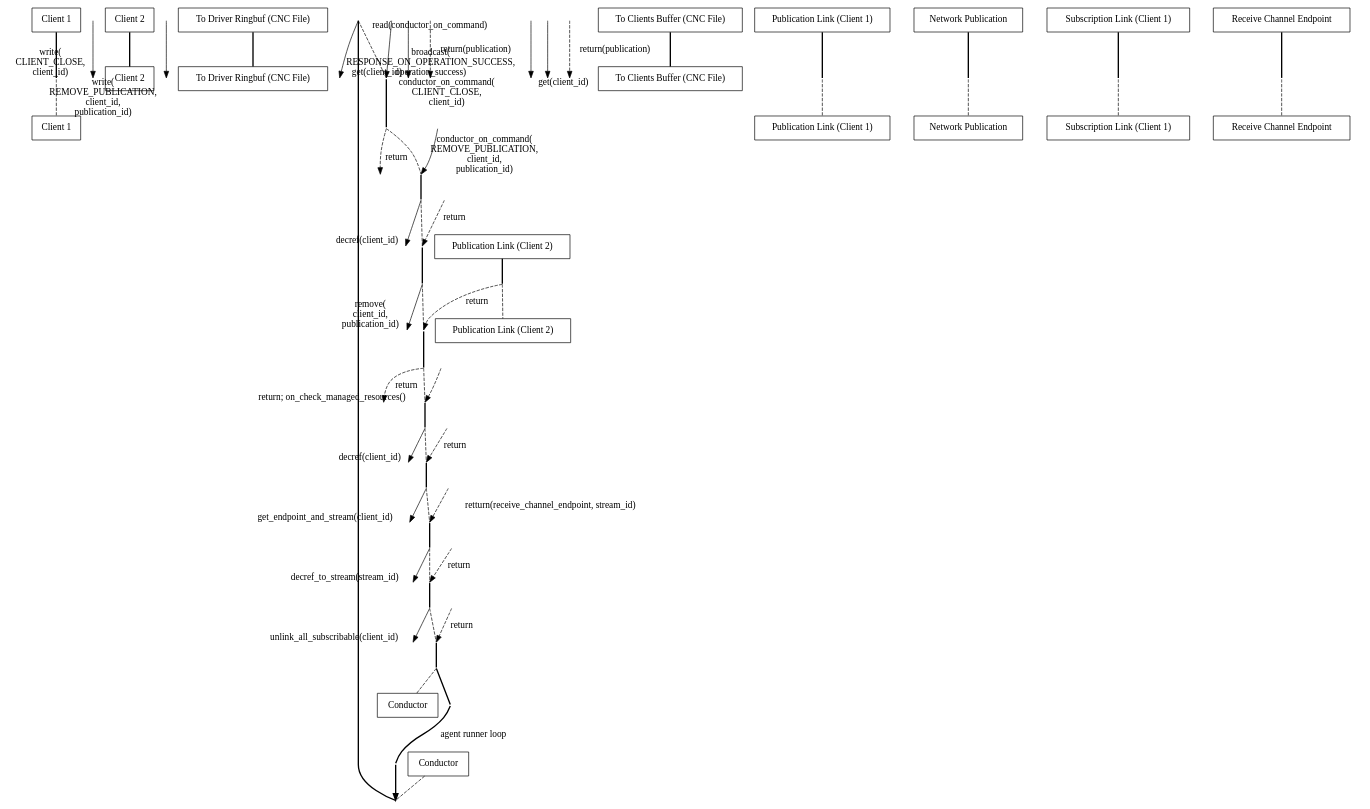
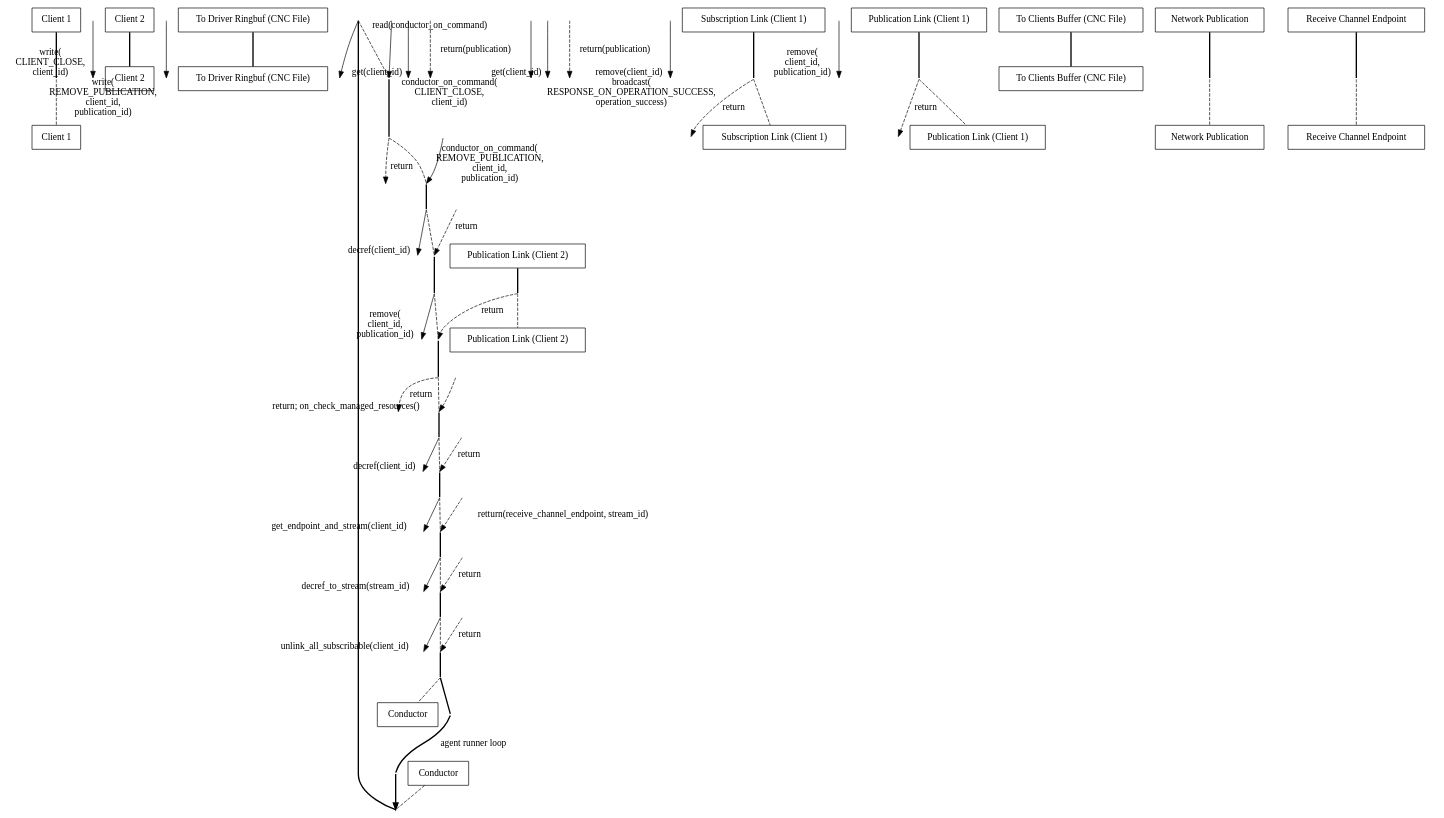
The diagram in doc/remove_publication.dot (khklau/aeron-dpdk-driver), drawn with Graphviz before and after one commit.

Commit message:
removing subscription link and 1st publication link; still got some more on_check_managed_resource calls remaining though

```diff
--- a/doc/remove_publication.dot
+++ b/doc/remove_publication.dot
@@ -29,8 +29,8 @@
   conductor__ret_get2 [ pos="9,-8!" shape="point" width="0" ]
   conductor__decref2 [ pos="9,-9!" shape="point" width="0" ]
   conductor__ret_decref2 [ pos="9,-10!" shape="point" width="0" ]
-  conductor__remove [ pos="9,-11!" shape="point" width="0" ]
-  conductor__ret_remove [ pos="9,-12!" shape="point" width="0" ]
+  conductor__remove_pl2 [ pos="9,-11!" shape="point" width="0" ]
+  conductor__ret_remove_pl2 [ pos="9,-12!" shape="point" width="0" ]
   conductor__broadcast [ pos="9,-13!" shape="point" width="0" ]
   conductor__ret_on_cmd_remove [ pos="9,-14!" shape="point" width="0" ];
   conductor__ret_read [ pos="9,-15!" shape="point" width="0" ];
@@ -44,6 +44,10 @@
   conductor__ret_stream_decref [ pos="9,-23!" shape="point" width="0" ]
   conductor__unlink [ pos="9,-24!" shape="point" width="0" ]
   conductor__ret_unlink [ pos="9,-25!" shape="point" width="0" ]
+  conductor__remove_sl [ pos="9,-26!" shape="point" width="0" ]
+  conductor__ret_remove_sl [ pos="9,-27!" shape="point" width="0" ]
+  conductor__remove_pl1 [ pos="9,-28!" shape="point" width="0" ]
+  conductor__ret_remove_pl1 [ pos="9,-29!" shape="point" width="0" ]
   conductor__loop_end [ pos="9,-30!" shape="point" width="0" ];
   conductor__ret_loop_end [ pos="9.5,-30!" shape="point" width="0" ];
   conductor__foot [ label="Conductor" pos="9,-31!" shape="record" ];
@@ -53,14 +57,14 @@
   publication_link1__head [ label="Publication Link (Client 1)" pos="15,0!" shape="record" ];
   publication_link1__get1 [ pos="15,-16!" shape="point" width="0" ]
   publication_link1__ret_get1 [ pos="15,-17!" shape="point" width="0" ]
-  publication_link1__remove [ pos="15,-23!" shape="point" width="0" ]
-  publication_link1__ret_remove [ pos="15,-30!" shape="point" width="0" ]
+  publication_link1__remove_pl1 [ pos="15,-28!" shape="point" width="0" ]
+  publication_link1__ret_remove_pl1 [ pos="15,-29!" shape="point" width="0" ]
   publication_link1__foot [ label="Publication Link (Client 1)" pos="15,-31!" shape="record" ];
   publication_link2__head [ label="Publication Link (Client 2)" pos="18,0!" shape="record" ];
   publication_link2__get2 [ pos="18,-7!" shape="point" width="0" ]
   publication_link2__ret_get2 [ pos="18,-8!" shape="point" width="0" ]
-  publication_link2__remove [ pos="18,-11!" shape="point" width="0" ]
-  publication_link2__ret_remove [ pos="18,-12!" shape="point" width="0" ]
+  publication_link2__remove_pl2 [ pos="18,-11!" shape="point" width="0" ]
+  publication_link2__ret_remove_pl2 [ pos="18,-12!" shape="point" width="0" ]
   publication_link2__foot [ label="Publication Link (Client 2)" pos="18,-31!" shape="record" ];
   net_publication__head [ label="Network Publication" pos="21,0!" shape="record" ];
   net_publication__decref2 [ pos="21,-9!" shape="point" width="0" ]
@@ -75,8 +79,8 @@
   subscription_link__ret_get_end [ pos="24,-21!" shape="point" width="0" ]
   subscription_link__unlink [ pos="24,-24!" shape="point" width="0" ]
   subscription_link__ret_unlink [ pos="24,-25!" shape="point" width="0" ]
-  subscription_link__remove [ pos="24,-29!" shape="point" width="0" ]
-  subscription_link__ret_remove [ pos="24,-30!" shape="point" width="0" ]
+  subscription_link__remove_sl [ pos="24,-26!" shape="point" width="0" ]
+  subscription_link__ret_remove_sl [ pos="24,-27!" shape="point" width="0" ]
   subscription_link__foot [ label="Subscription Link (Client 1)" pos="24,-31!" shape="record" ];
   receive_channel_end__head [ label="Receive Channel Endpoint" pos="27,0!" shape="record" ];
   receive_channel_end__stream_decref [ pos="27,-22!" shape="point" width="0" ]
@@ -96,9 +100,9 @@
   conductor__ret_on_cmd_close -> conductor__on_cmd_remove [ dir="none" style="dashed" ]
   conductor__on_cmd_remove -> conductor__decref2 [ dir="none" style="bold" ]
   conductor__decref2 -> conductor__ret_decref2 [ dir="none" style="dashed" ]
-  conductor__ret_decref2 -> conductor__remove [ dir="none" style="bold" ]
-  conductor__remove -> conductor__ret_remove [ dir="none" style="dashed" ]
-  conductor__ret_remove -> conductor__ret_on_cmd_remove [ dir="none" style="bold" ]
+  conductor__ret_decref2 -> conductor__remove_pl2 [ dir="none" style="bold" ]
+  conductor__remove_pl2 -> conductor__ret_remove_pl2 [ dir="none" style="dashed" ]
+  conductor__ret_remove_pl2 -> conductor__ret_on_cmd_remove [ dir="none" style="bold" ]
   conductor__ret_on_cmd_remove -> conductor__ret_read [ dir="none" style="dashed" ]
   conductor__ret_read -> conductor__decref1 [ dir="none" style="bold" ]
   conductor__decref1 -> conductor__ret_decref1 [ dir="none" style="dashed" ]
@@ -111,14 +115,14 @@
   conductor__ret_unlink -> conductor__loop_end [ dir="none" style="bold" ]
   conductor__loop_end -> conductor__foot [ dir="none" style="dashed" ]
   to_clients_buffer__head -> to_clients_buffer__foot [ dir="none" style="bold" ]
-  publication_link1__head -> publication_link1__ret_remove [ dir="none" style="bold" ]
-  publication_link1__ret_remove -> publication_link1__foot [ dir="none" style="dashed" ]
-  publication_link2__head -> publication_link2__ret_remove [ dir="none" style="bold" ]
-  publication_link2__ret_remove -> publication_link2__foot [ dir="none" style="dashed" ]
+  publication_link1__head -> publication_link1__ret_remove_pl1 [ dir="none" style="bold" ]
+  publication_link1__ret_remove_pl1 -> publication_link1__foot [ dir="none" style="dashed" ]
+  publication_link2__head -> publication_link2__ret_remove_pl2 [ dir="none" style="bold" ]
+  publication_link2__ret_remove_pl2 -> publication_link2__foot [ dir="none" style="dashed" ]
   net_publication__head -> net_publication__ret_remove [ dir="none" style="bold" ]
   net_publication__ret_remove -> net_publication__foot [ dir="none" style="dashed" ]
-  subscription_link__head -> subscription_link__ret_remove [ dir="none" style="bold" ]
-  subscription_link__ret_remove -> subscription_link__foot [ dir="none" style="dashed" ]
+  subscription_link__head -> subscription_link__ret_remove_sl [ dir="none" style="bold" ]
+  subscription_link__ret_remove_sl -> subscription_link__foot [ dir="none" style="dashed" ]
   receive_channel_end__head -> receive_channel_end__ret_remove [ dir="none" style="bold" ]
   receive_channel_end__ret_remove -> receive_channel_end__foot [ dir="none" style="dashed" ]
 
@@ -132,8 +136,8 @@
   publication_link2__ret_get2 -> conductor__ret_get2 [ label="return(publication)" style="dashed" ]
   conductor__decref2 -> net_publication__decref2 [ headlabel="decref(client_id)" style="solid" ]
   net_publication__ret_decref2 -> conductor__ret_decref2 [ label="return" style="dashed" ]
-  conductor__remove -> publication_link2__remove [ headlabel="remove( \n client_id, \n publication_id)" style="solid" ]
-  publication_link2__ret_remove -> conductor__ret_remove [ label="return" style="dashed" ]
+  conductor__remove_pl2 -> publication_link2__remove_pl2 [ headlabel="remove( \n client_id, \n publication_id)" style="solid" ]
+  publication_link2__ret_remove_pl2 -> conductor__ret_remove_pl2 [ label="return" style="dashed" ]
   conductor__broadcast -> to_clients_buffer__broadcast [ headlabel="broadcast( \n RESPONSE_ON_OPERATION_SUCCESS, \n operation_success)" style="solid" ]
   conductor__ret_on_cmd_remove -> to_driver_ringbuf__ret_on_cmd_remove [ label="return" style="dashed" ]
   to_driver_ringbuf__ret_read -> conductor__ret_read [ headlabel="return; on_check_managed_resources()" style="dashed" ]
@@ -147,7 +151,11 @@
   receive_channel_end__ret_stream_decref -> conductor__ret_stream_decref [ label="return" style="dashed" ]
   conductor__unlink -> subscription_link__unlink [ headlabel="unlink_all_subscribable(client_id)" style="solid" ]
   subscription_link__ret_unlink -> conductor__ret_unlink [ label="return" style="dashed" ]
+  conductor__remove_sl -> subscription_link__remove_sl [ headlabel="remove(client_id)" style="solid" ]
+  subscription_link__ret_remove_sl -> conductor__ret_remove_sl [ label="return" style="dashed" ]
   conductor__loop_end -> conductor__ret_loop_end [ dir="none" style="bold" ]
+  conductor__remove_pl1 -> publication_link1__remove_pl1 [ headlabel="remove( \n client_id, \n publication_id)" style="solid" ]
+  publication_link1__ret_remove_pl1 -> conductor__ret_remove_pl1 [ label="return" style="dashed" ]
   conductor__ret_loop_end -> conductor__ret_loop_begin [ label="agent runner loop" dir="none" style="bold" ]
   conductor__ret_loop_begin -> conductor__loop_begin [ style="bold" ]
 }
```
